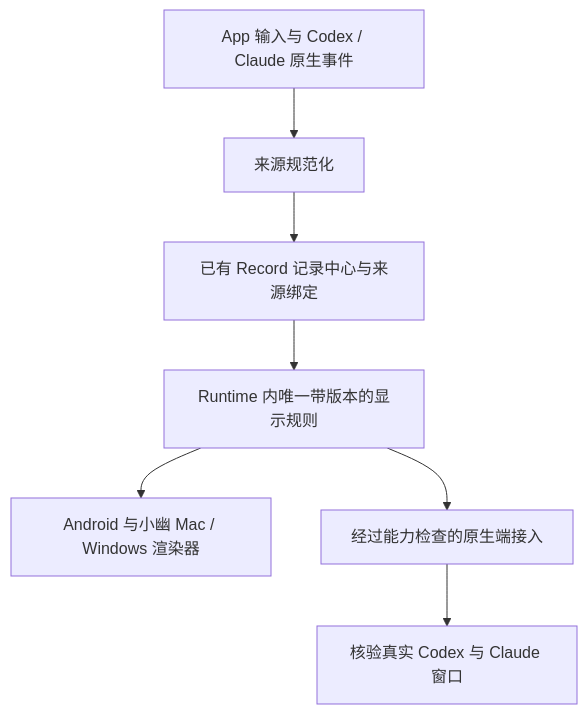
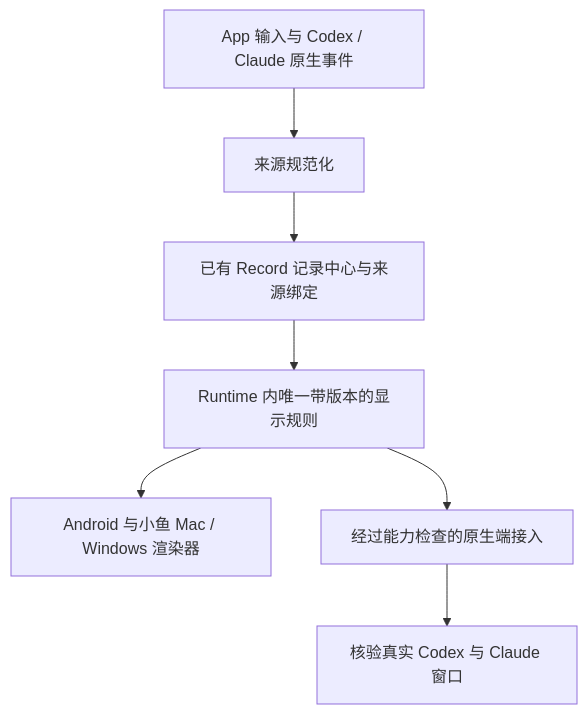
Before and after one commit to yanyuliu01/ai-passport: the diagram in docs/development/conversation-presentation.zh_CN.md, drawn with Mermaid. The commit also changed other lines of this file and 477 other files, not shown here.

````diff
--- a/docs/development/conversation-presentation.zh_CN.md
+++ b/docs/development/conversation-presentation.zh_CN.md
@@ -62,9 +62,9 @@
 ```mermaid
 flowchart TB
     Sources[App 输入与 Codex / Claude 原生事件] --> Adapters[来源规范化]
     Adapters --> Record[已有 Record 记录中心与来源绑定]
     Record --> Policy[Runtime 内唯一带版本的显示规则]
-    Policy --> Clients[Android 与小幽 Mac / Windows 渲染器]
+    Policy --> Clients[Android 与小鱼 Mac / Windows 渲染器]
     Policy --> Native[经过能力检查的原生端接入]
     Native --> Check[核验真实 Codex 与 Claude 窗口]
 ```
````
